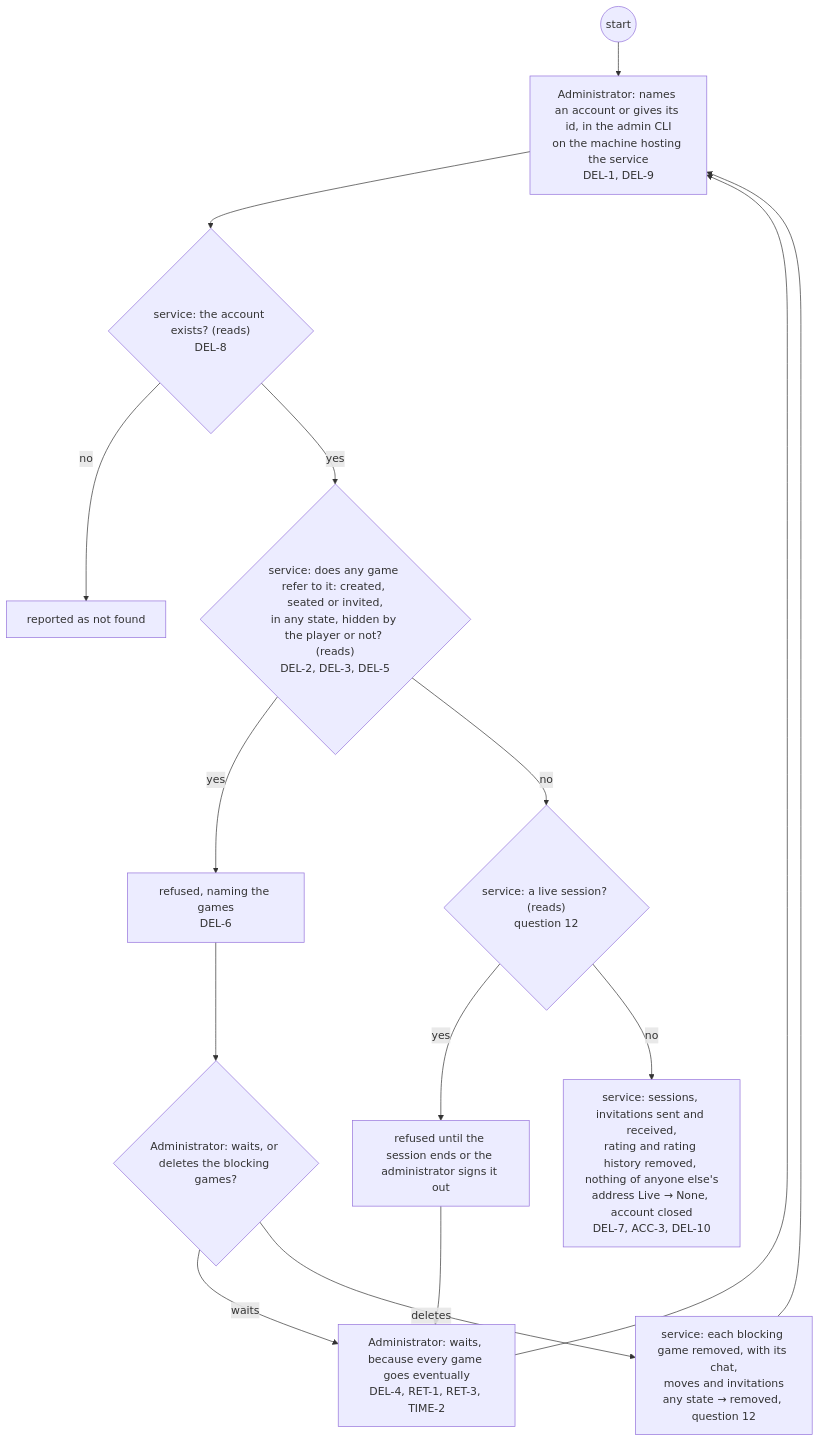
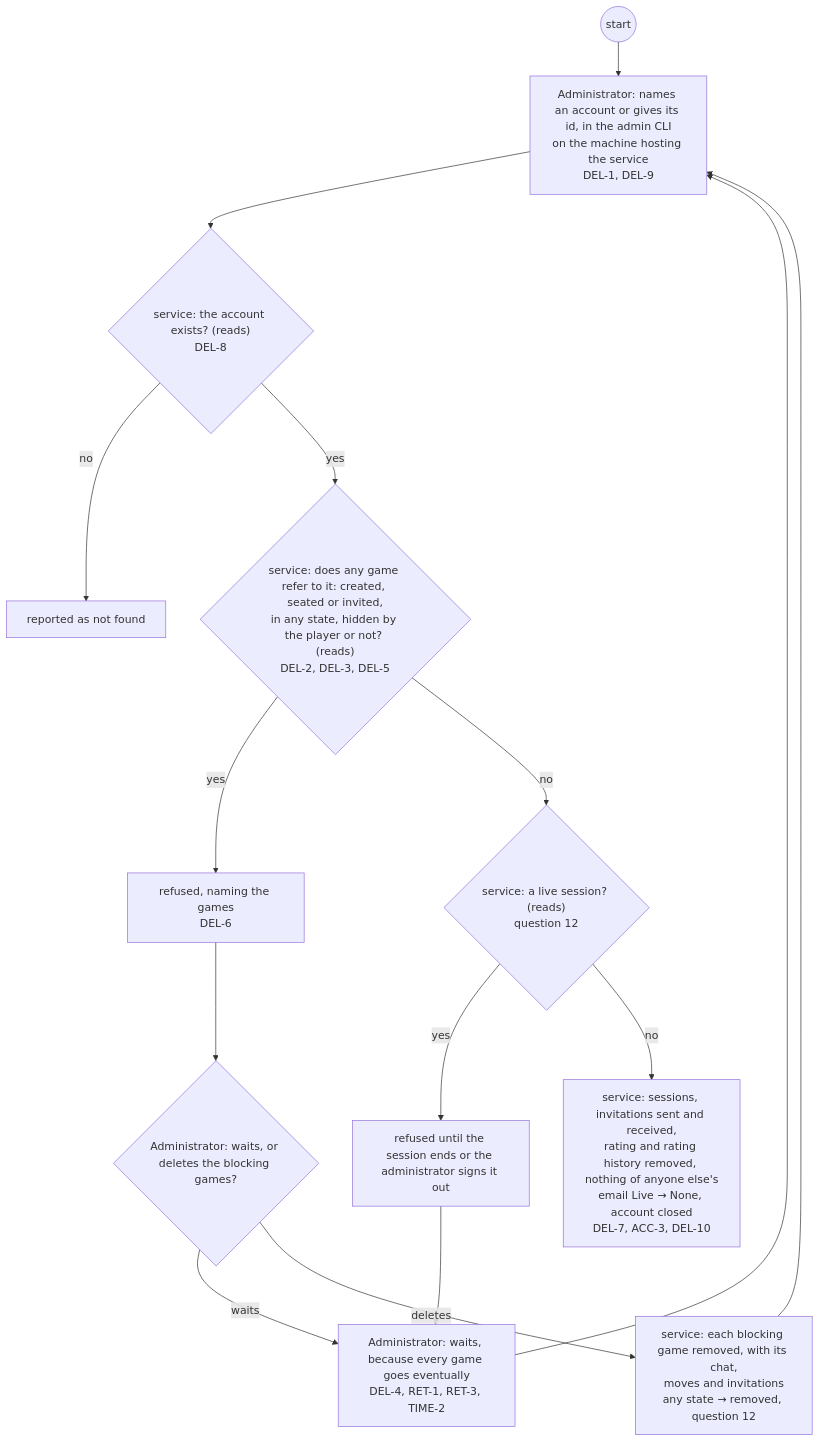
Before and after one commit to delphside/programme: diagram 26 of 29 in docs/changes/workstreams/application-game-architecture/71-one-game-model/71-functional.md, drawn with Mermaid. The commit also changed other lines of this file, not shown here.

First line of the commit message:
app 0.9.2 api 2.16: 71: "email" rather than "address" or "email address"

````diff
--- a/docs/changes/workstreams/application-game-architecture/71-one-game-model/71-functional.md
+++ b/docs/changes/workstreams/application-game-architecture/71-one-game-model/71-functional.md
@@ -435,17 +435,17 @@
 ```mermaid
 flowchart TD
   s0((start)) --> a1["Administrator: names an account or gives its id, in the admin CLI<br/>on the machine hosting the service<br/>DEL-1, DEL-9"]
   a1 --> v1{"service: the account exists? (reads)<br/>DEL-8"}
   v1 -- no --> r1["reported as not found"]
   v1 -- yes --> v2{"service: does any game refer to it: created, seated or invited,<br/>in any state, hidden by the player or not? (reads)<br/>DEL-2, DEL-3, DEL-5"}
   v2 -- yes --> r2["refused, naming the games<br/>DEL-6"]
   r2 --> d3{"Administrator: waits, or deletes the blocking games?"}
   d3 -- waits --> w1["Administrator: waits, because every game goes eventually<br/>DEL-4, RET-1, RET-3, TIME-2"]
   d3 -- deletes --> g1["service: each blocking game removed, with its chat,<br/>moves and invitations<br/>any state → removed, question 12"]
   g1 --> a1
   w1 --> a1
   v2 -- no --> v3{"service: a live session? (reads)<br/>question 12"}
   v3 -- yes --> r3["refused until the session ends or the administrator signs it out"]
   r3 --> w1
-  v3 -- no --> t1["service: sessions, invitations sent and received,<br/>rating and rating history removed, nothing of anyone else's<br/>address Live → None, account closed<br/>DEL-7, ACC-3, DEL-10"]
+  v3 -- no --> t1["service: sessions, invitations sent and received,<br/>rating and rating history removed, nothing of anyone else's<br/>email Live → None, account closed<br/>DEL-7, ACC-3, DEL-10"]
 ```
````
